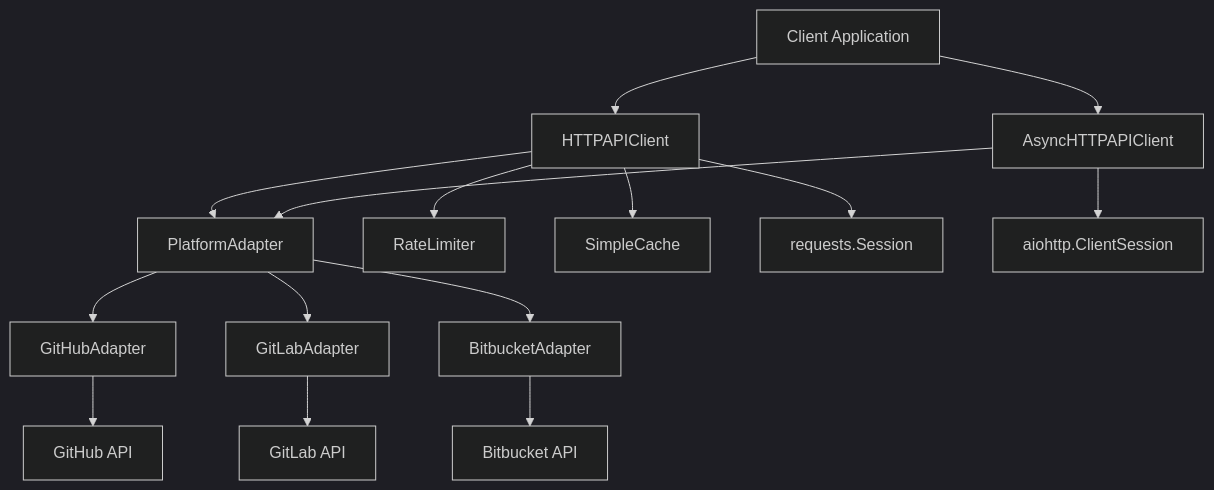
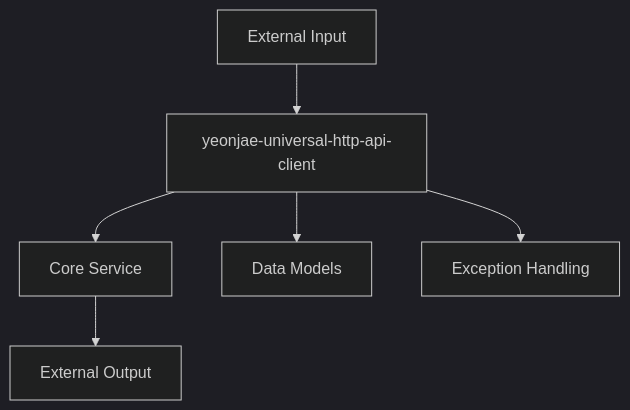
The first of 4 diagrams in packages/yeonjae-universal-http-api-client/docs/technical-specification.md (yeonjae-work/universal-modules), drawn with Mermaid (dark theme) before and after one commit. The commit also changed other lines of this file and 11 other files, not shown here.

````diff
--- a/packages/yeonjae-universal-http-api-client/docs/technical-specification.md
+++ b/packages/yeonjae-universal-http-api-client/docs/technical-specification.md
@@ -26,22 +23,8 @@
 ```mermaid
 graph TB
-    A[Client Application] --> B[HTTPAPIClient]
-    A --> C[AsyncHTTPAPIClient]
-    
-    B --> D[PlatformAdapter]
-    C --> D
-    
-    D --> E[GitHubAdapter]
-    D --> F[GitLabAdapter]
-    D --> G[BitbucketAdapter]
-    
-    B --> H[RateLimiter]
-    B --> I[SimpleCache]
-    B --> J[requests.Session]
-    
-    C --> K[aiohttp.ClientSession]
-    
-    E --> L[GitHub API]
-    F --> M[GitLab API]
-    G --> N[Bitbucket API]
+    A[External Input] --> B[yeonjae-universal-http-api-client]
+    B --> C[Core Service]
+    B --> D[Data Models]
+    B --> E[Exception Handling]
+    C --> F[External Output]
 ```
````
